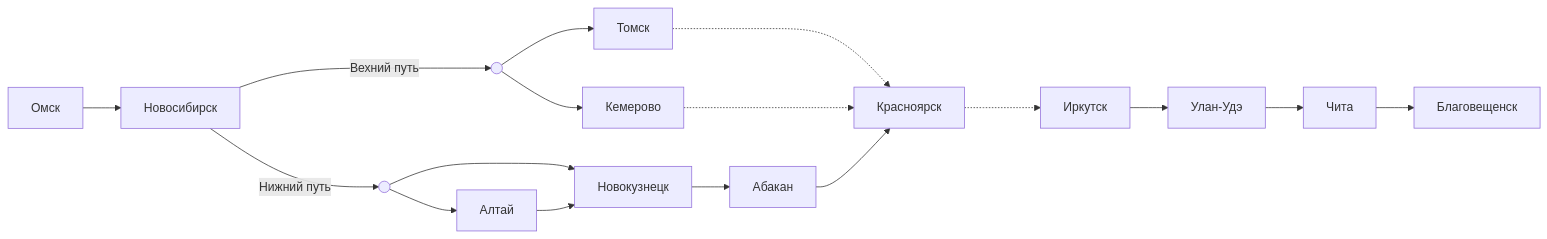
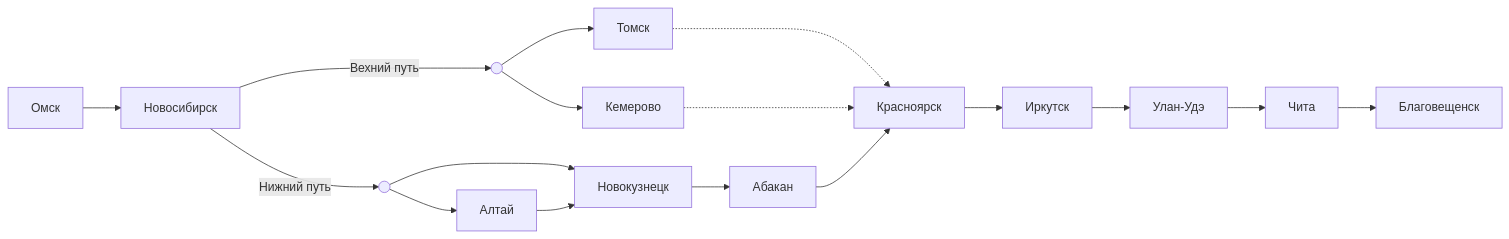
Before and after one commit to u0feff/Pezda: the first of 14 diagrams in Schedule/Eastbound.md, drawn with Mermaid.

Commit message:
Now Красноярск-Иркутск have solid route

````diff
--- a/Schedule/Eastbound.md
+++ b/Schedule/Eastbound.md
@@ -3,24 +3,24 @@
 ```mermaid
 graph LR
     Омск-->Новосибирск
 
     Новосибирск--"Вехний путь"-->VP1(( ))
 
     VP1(( ))-->Томск-..->Красноярск
     VP1(( ))-->Кемерово-..->Красноярск
 
     Новосибирск--"Нижний путь"-->VP2(( ))
 
     VP2(( ))-->Новокузнецк
     VP2(( ))-->Алтай-->Новокузнецк
 
     Новокузнецк-->Абакан-->Красноярск
 
-    Красноярск-..->Иркутск
+    Красноярск-->Иркутск
 
     Иркутск-->Улан-Удэ
 
     Улан-Удэ-->Чита
 
     Чита-->Благовещенск
 ```
````
